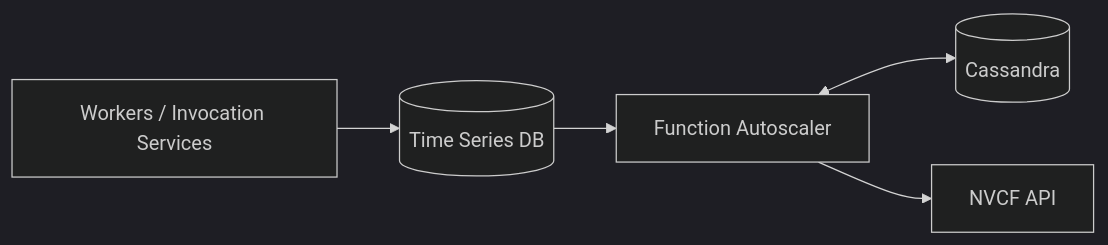
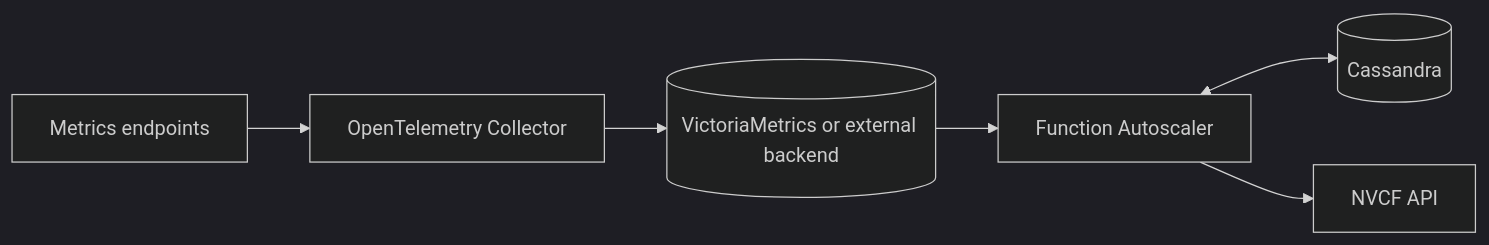
The diagram in docs/user/autoscaling/index.md (NVIDIA/nvcf), drawn with Mermaid (dark theme) before and after one commit. The commit also changed other lines of this file and 5 other files, not shown here.

````diff
--- a/docs/user/autoscaling/index.md
+++ b/docs/user/autoscaling/index.md
@@ -22,7 +37,8 @@
 ```mermaid
 flowchart LR
-    Workers[Workers / Invocation Services] --> TSDB[(Time Series DB)]
+    Services[Metrics endpoints] --> Collector[OpenTelemetry Collector]
+    Collector --> TSDB[(VictoriaMetrics or external backend)]
     TSDB --> Autoscaler[Function Autoscaler]
     Autoscaler <--> Cassandra[(Cassandra)]
     Autoscaler --> NVCF[NVCF API]
 ```
````
